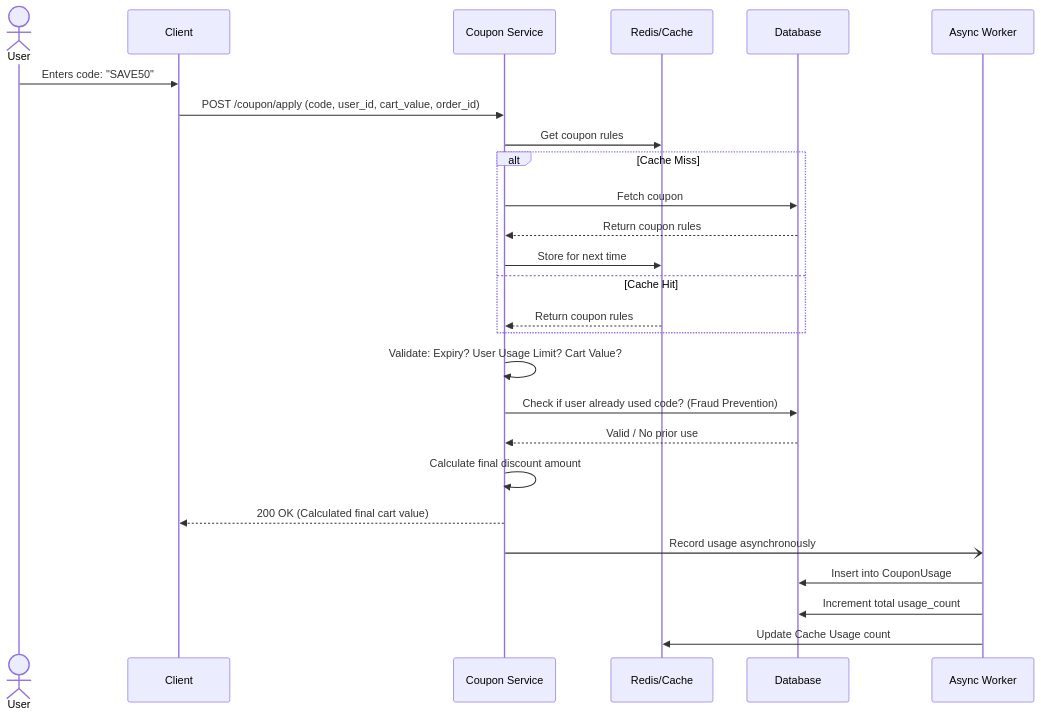
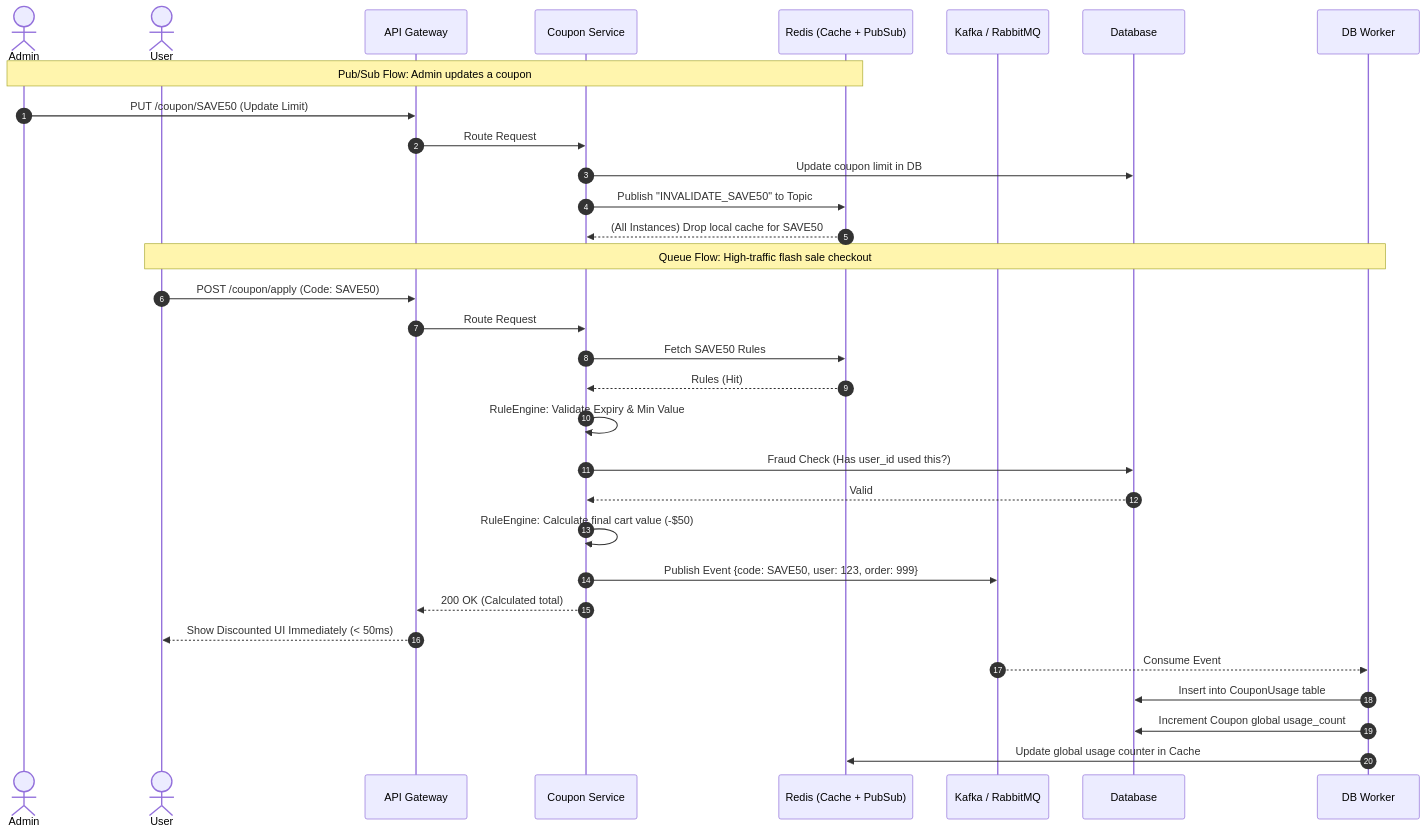
One commit to MSB-io/Coupon-Management-System-Design changed the third of 3 diagrams in Architecture.md. Above: the diagram before and after it, drawn with Mermaid. The commit also changed other lines of this file and 2 other files, not shown here.

Commit message:
Enhance architecture documentation with detailed design patterns and flow diagrams; add .gitignore for environment and build files

````diff
--- a/Architecture.md
+++ b/Architecture.md
@@ -32,36 +125,45 @@
 ```mermaid
 sequenceDiagram
+    autonumber
+    actor Admin
     actor User
-    participant Client
-    participant CouponAPI as Coupon Service
-    participant Cache as Redis/Cache
-    participant Database as Database
-    participant BackgroundTask as Async Worker
+    participant Gateway as API Gateway
+    participant ValidationSvc as Coupon Service
+    participant Redis as Redis (Cache + PubSub)
+    participant Queue as Kafka / RabbitMQ
+    participant DB as Database
+    participant Worker as DB Worker
 
-    User->>Client: Enters code: "SAVE50"
-    Client->>CouponAPI: POST /coupon/apply (code, user_id, cart_value, order_id)
+    %% PUB/SUB Flow
+    Note over Admin, Redis: Pub/Sub Flow: Admin updates a coupon
+    Admin->>Gateway: PUT /coupon/SAVE50 (Update Limit)
+    Gateway->>ValidationSvc: Route Request
+    ValidationSvc->>DB: Update coupon limit in DB
+    ValidationSvc->>Redis: Publish "INVALIDATE_SAVE50" to Topic
+    Redis-->>ValidationSvc: (All Instances) Drop local cache for SAVE50
+
+    %% QUEUE Flow
+    Note over User, Worker: Queue Flow: High-traffic flash sale checkout
+    User->>Gateway: POST /coupon/apply (Code: SAVE50)
+    Gateway->>ValidationSvc: Route Request
     
-    CouponAPI->>Cache: Get coupon rules
-    alt Cache Miss
-        CouponAPI->>Database: Fetch coupon
-        Database-->>CouponAPI: Return coupon rules
-        CouponAPI->>Cache: Store for next time
-    else Cache Hit
-        Cache-->>CouponAPI: Return coupon rules
-    end
+    ValidationSvc->>Redis: Fetch SAVE50 Rules
+    Redis-->>ValidationSvc: Rules (Hit)
     
-    CouponAPI->>CouponAPI: Validate: Expiry? User Usage Limit? Cart Value?
+    ValidationSvc->>ValidationSvc: RuleEngine: Validate Expiry & Min Value
+    ValidationSvc->>DB: Fraud Check (Has user_id used this?)
+    DB-->>ValidationSvc: Valid
     
-    CouponAPI->>Database: Check if user already used code? (Fraud Prevention)
-    Database-->>CouponAPI: Valid / No prior use
+    ValidationSvc->>ValidationSvc: RuleEngine: Calculate final cart value (-$50)
     
-    CouponAPI->>CouponAPI: Calculate final discount amount
+    %% Async decoupling
+    ValidationSvc->>Queue: Publish Event {code: SAVE50, user: 123, order: 999}
+    ValidationSvc-->>Gateway: 200 OK (Calculated total)
+    Gateway-->>User: Show Discounted UI Immediately (< 50ms)
     
-    CouponAPI-->>Client: 200 OK (Calculated final cart value)
-    
-    %% Async task happens without blocking the user checkout
-    CouponAPI-)BackgroundTask: Record usage asynchronously
-    BackgroundTask->>Database: Insert into CouponUsage
-    BackgroundTask->>Database: Increment total usage_count
-    BackgroundTask->>Cache: Update Cache Usage count
+    %% Eventual Consistency Worker
+    Queue-->>Worker: Consume Event
+    Worker->>DB: Insert into CouponUsage table
+    Worker->>DB: Increment Coupon global usage_count
+    Worker->>Redis: Update global usage counter in Cache
 ```
````
